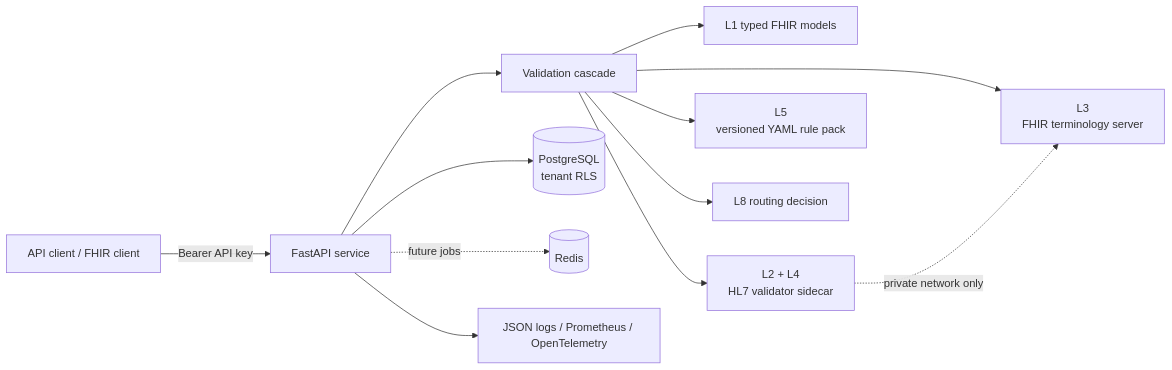
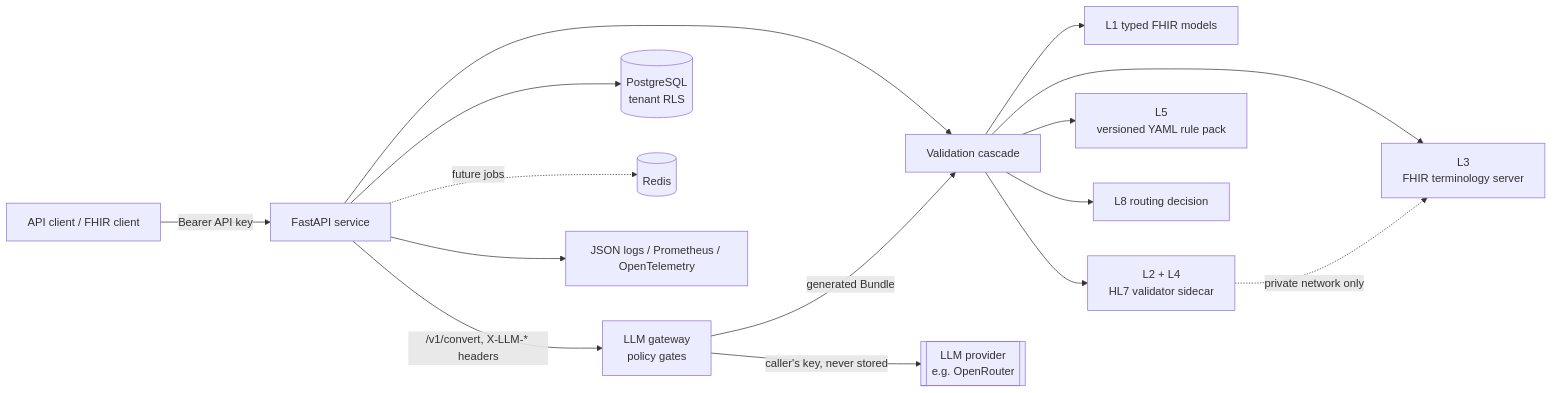
Before and after one commit to Safwanmahmoud/FHIR-At-Will: the diagram in README.md, drawn with Mermaid. The commit also changed other lines of this file and 1 other file, not shown here.

````diff
--- a/README.md
+++ b/README.md
@@ -97,14 +109,17 @@
 ```mermaid
 flowchart LR
     Client[API client / FHIR client] -->|Bearer API key| API[FastAPI service]
     API --> Cascade[Validation cascade]
     Cascade --> L1[L1 typed FHIR models]
     Cascade --> Validator[L2 + L4<br>HL7 validator sidecar]
     Cascade --> Terminology[L3<br>FHIR terminology server]
     Cascade --> Rules[L5<br>versioned YAML rule pack]
     Cascade --> Routing[L8 routing decision]
+    API -->|/v1/convert, X-LLM-* headers| Gateway[LLM gateway<br>policy gates]
+    Gateway -->|caller's key, never stored| Provider[[LLM provider<br>e.g. OpenRouter]]
+    Gateway -->|generated Bundle| Cascade
     API --> DB[(PostgreSQL<br>tenant RLS)]
     API -. future jobs .-> Redis[(Redis)]
     API --> Obs[JSON logs / Prometheus / OpenTelemetry]
     Validator -. private network only .-> Terminology
 ```
````
